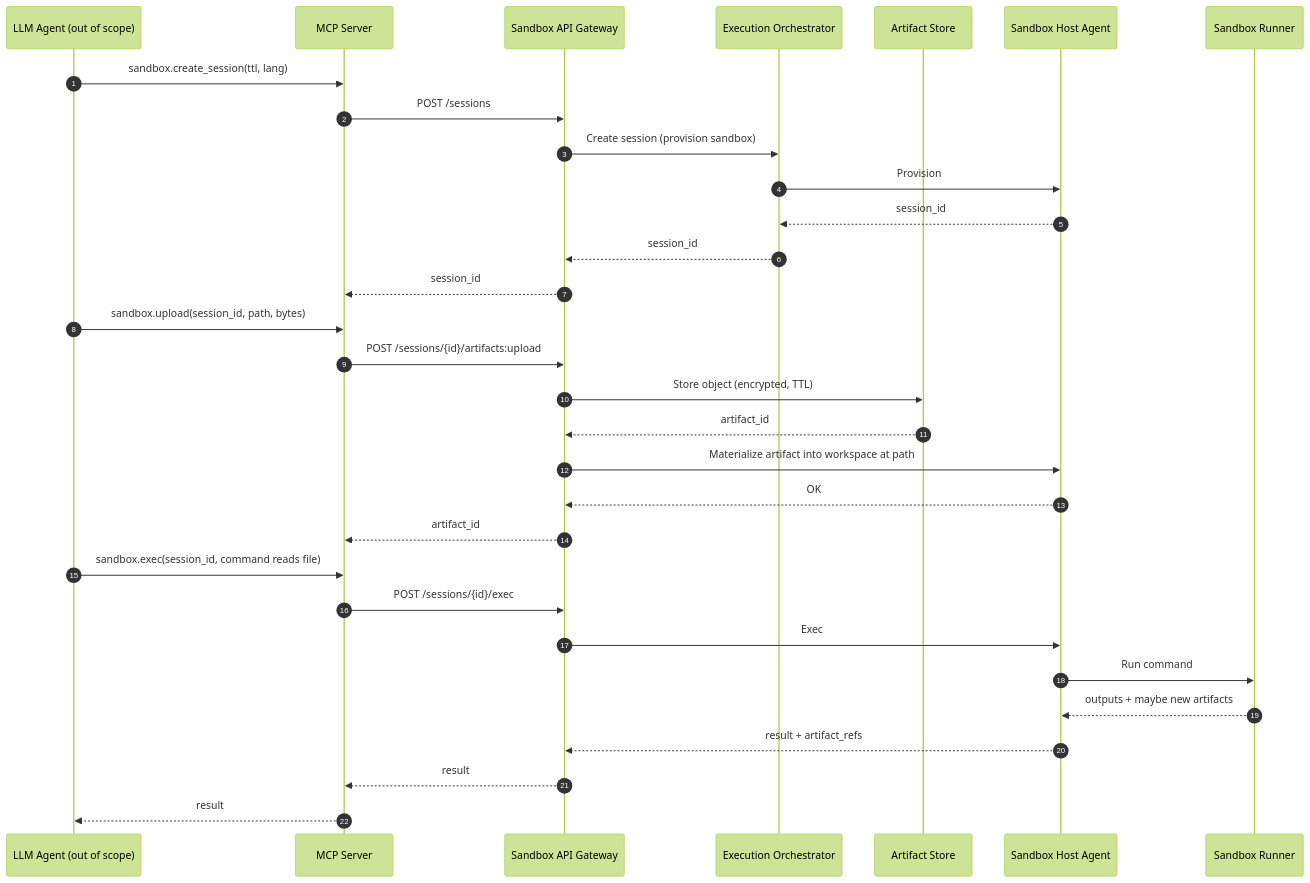
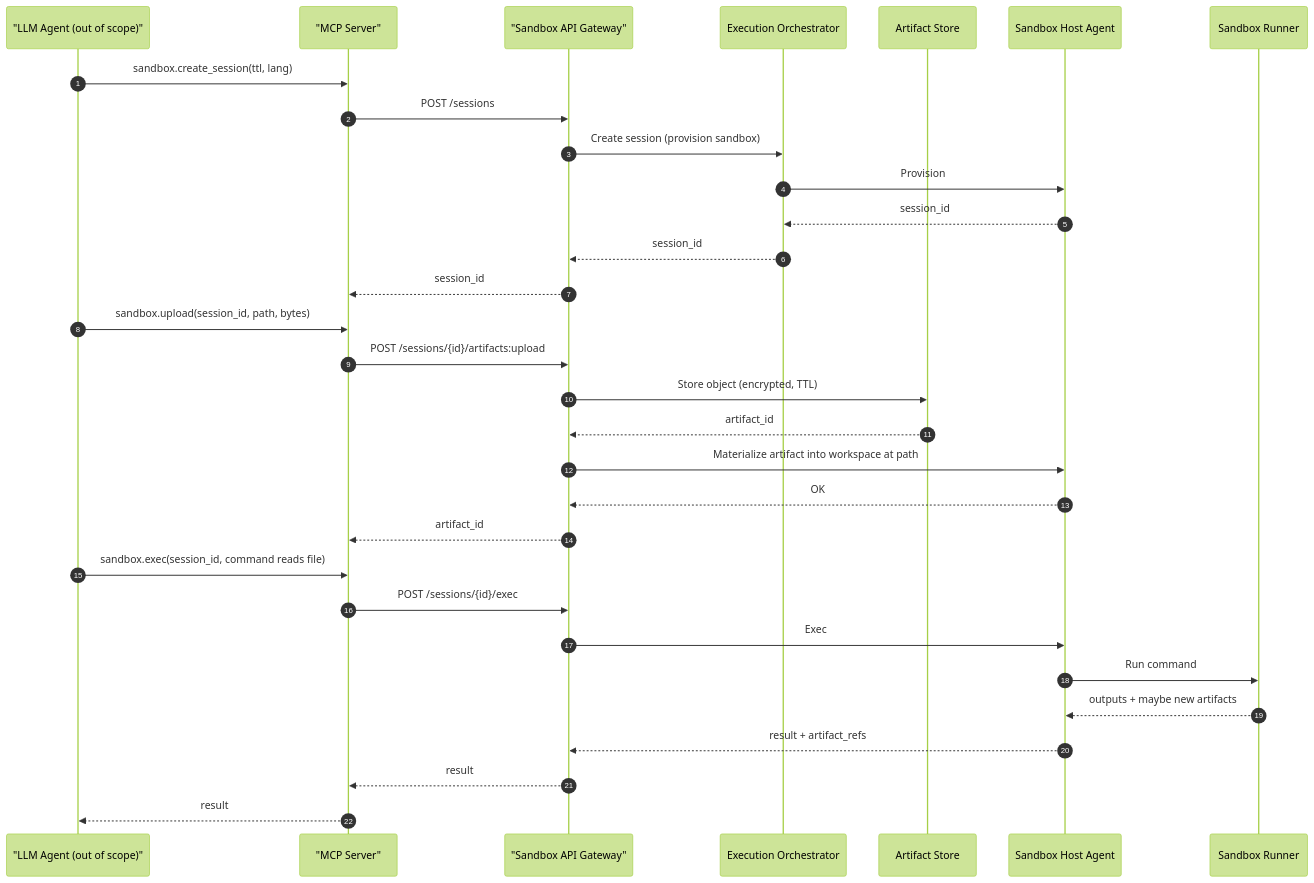
Before and after one commit to suman724/sandbox-code-executor: the fourth of 5 diagrams in architecture/sandbox-executor.md, drawn with Mermaid (forest theme). The commit also changed other lines of this file, not shown here.

Commit message:
Fix Mermaid diagram syntax

````diff
--- a/architecture/sandbox-executor.md
+++ b/architecture/sandbox-executor.md
@@ -509,36 +509,36 @@
 ```mermaid
 sequenceDiagram
   autonumber
-  participant Agent as LLM Agent (out of scope)
-  participant MCP as MCP Server
-  participant GW as Sandbox API Gateway
+  participant Agent as "LLM Agent (out of scope)"
+  participant MCP as "MCP Server"
+  participant GW as "Sandbox API Gateway"
   participant Orch as Execution Orchestrator
   participant Art as Artifact Store
   participant Host as Sandbox Host Agent
   participant Sand as Sandbox Runner
 
   Agent->>MCP: sandbox.create_session(ttl, lang)
   MCP->>GW: POST /sessions
   GW->>Orch: Create session (provision sandbox)
   Orch->>Host: Provision
   Host-->>Orch: session_id
   Orch-->>GW: session_id
   GW-->>MCP: session_id
 
   Agent->>MCP: sandbox.upload(session_id, path, bytes)
   MCP->>GW: POST /sessions/{id}/artifacts:upload
   GW->>Art: Store object (encrypted, TTL)
   Art-->>GW: artifact_id
   GW->>Host: Materialize artifact into workspace at path
   Host-->>GW: OK
   GW-->>MCP: artifact_id
 
   Agent->>MCP: sandbox.exec(session_id, command reads file)
   MCP->>GW: POST /sessions/{id}/exec
   GW->>Host: Exec
   Host->>Sand: Run command
   Sand-->>Host: outputs + maybe new artifacts
   Host-->>GW: result + artifact_refs
   GW-->>MCP: result
   MCP-->>Agent: result
 ```
````
